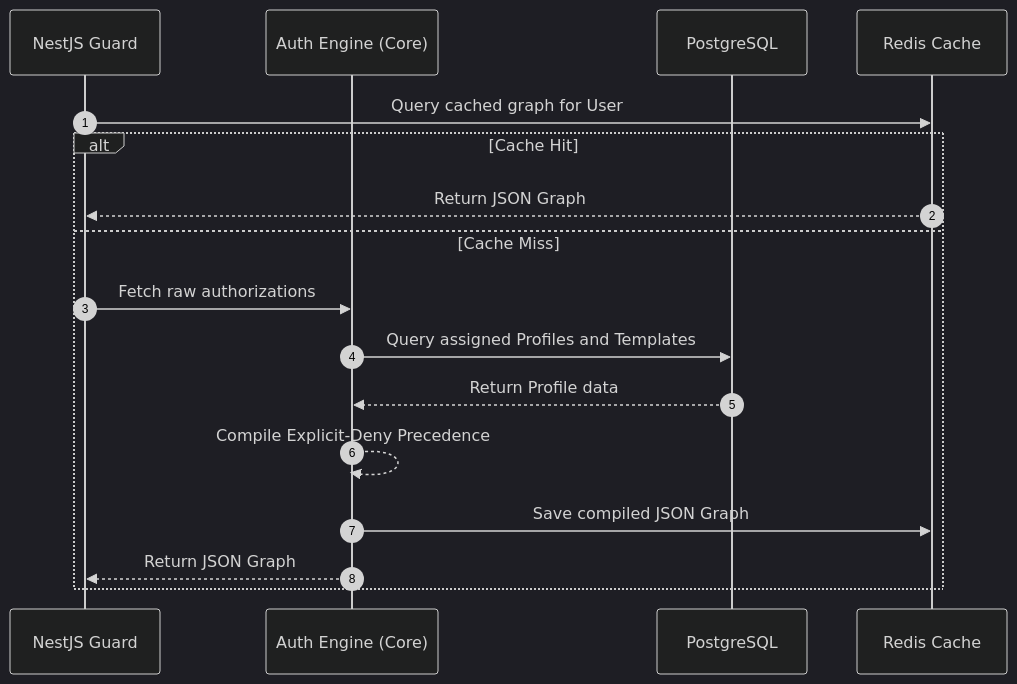
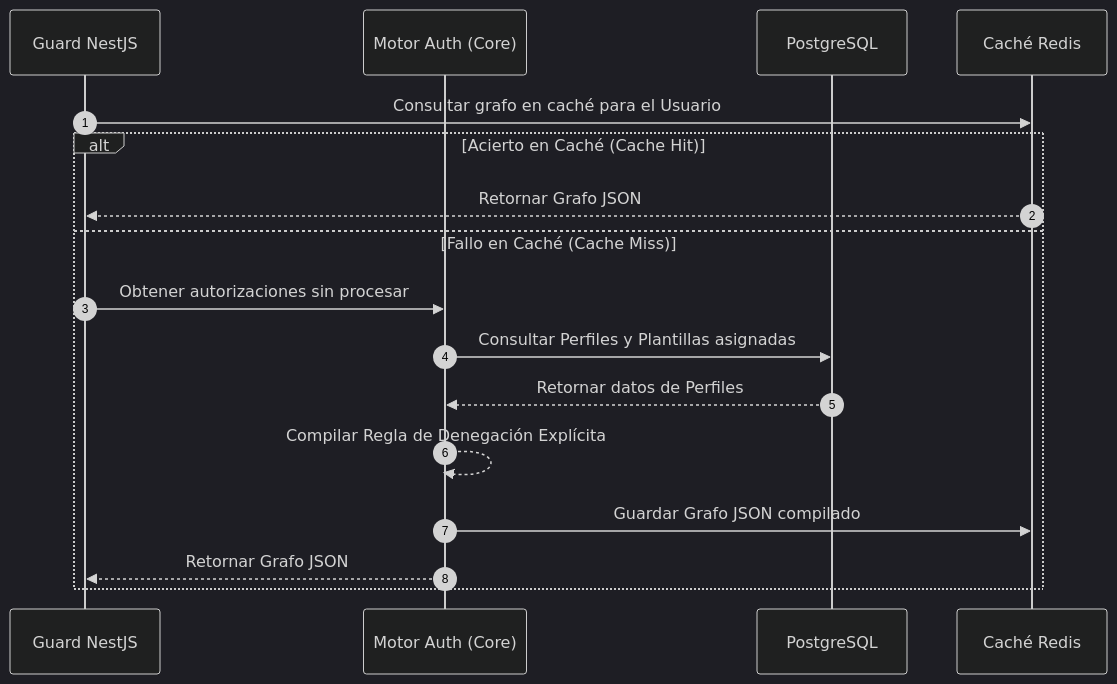
Before and after one commit to beyondnetcode/ums: the diagram in src/ums-workspace/docs/es/01-requirements/usecases/uc-02-build-authorization-graph.md, drawn with Mermaid (dark theme). The commit also changed other lines of this file and 3 other files, not shown here.

````diff
--- a/src/ums-workspace/docs/es/01-requirements/usecases/uc-02-build-authorization-graph.md
+++ b/src/ums-workspace/docs/es/01-requirements/usecases/uc-02-build-authorization-graph.md
@@ -22,20 +20,20 @@
 ```mermaid
 sequenceDiagram
     autonumber
-    participant Guard as NestJS Guard
-    participant Engine as Auth Engine (Core)
+    participant Guard as Guard NestJS
+    participant Engine as Motor Auth (Core)
     participant DB as PostgreSQL
-    participant Cache as Redis Cache
+    participant Cache as Caché Redis
 
-    Guard->>Cache: Query cached graph for User
-    alt Cache Hit
-        Cache-->>Guard: Return JSON Graph
-    else Cache Miss
-        Guard->>Engine: Fetch raw authorizations
-        Engine->>DB: Query assigned Profiles and Templates
-        DB-->>Engine: Return Profile data
-        Engine-->>Engine: Compile Explicit-Deny Precedence
-        Engine->>Cache: Save compiled JSON Graph
-        Engine-->>Guard: Return JSON Graph
+    Guard->>Cache: Consultar grafo en caché para el Usuario
+    alt Acierto en Caché (Cache Hit)
+        Cache-->>Guard: Retornar Grafo JSON
+    else Fallo en Caché (Cache Miss)
+        Guard->>Engine: Obtener autorizaciones sin procesar
+        Engine->>DB: Consultar Perfiles y Plantillas asignadas
+        DB-->>Engine: Retornar datos de Perfiles
+        Engine-->>Engine: Compilar Regla de Denegación Explícita
+        Engine->>Cache: Guardar Grafo JSON compilado
+        Engine-->>Guard: Retornar Grafo JSON
     end
 ```
````
